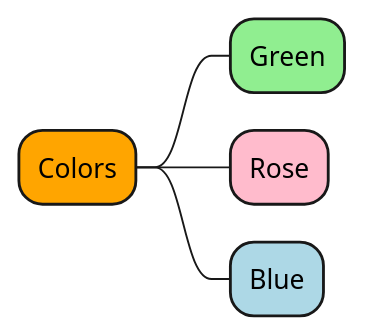
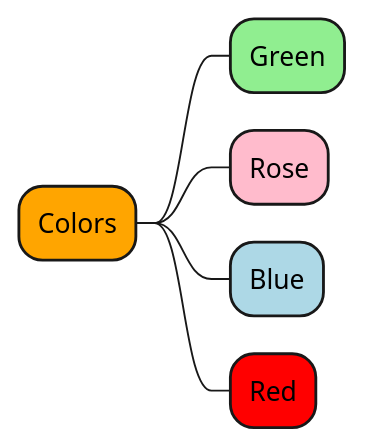
Before and after one commit to c0v1d0z/mindmap: the diagram in umls/uml1.PLANTUML, drawn with PlantUML.

```diff
--- a/umls/uml1.PLANTUML
+++ b/umls/uml1.PLANTUML
@@ -1,6 +1,7 @@
 @startmindmap
 *[#Orange] Colors
 **[#lightgreen] Green
 **[#FFBBCC] Rose
 **[#lightblue] Blue
+**[#red] Red
 @endmindmap
```
